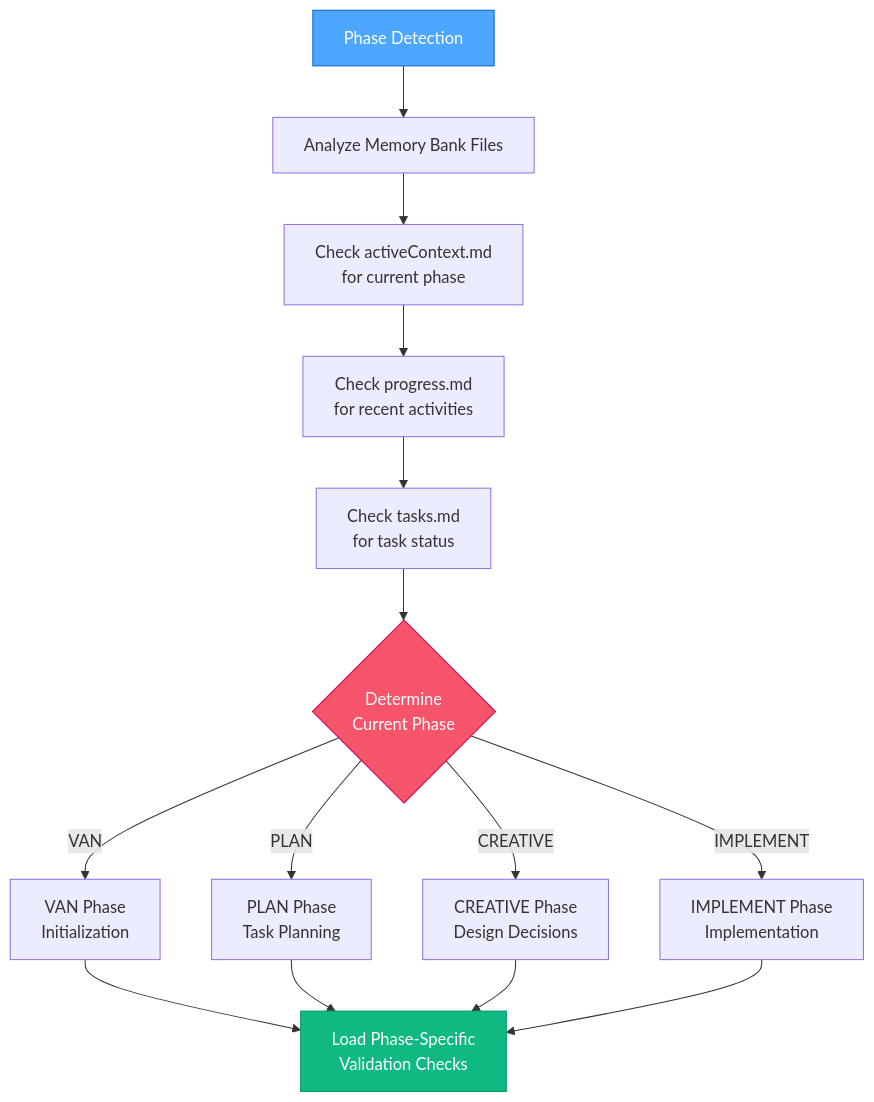
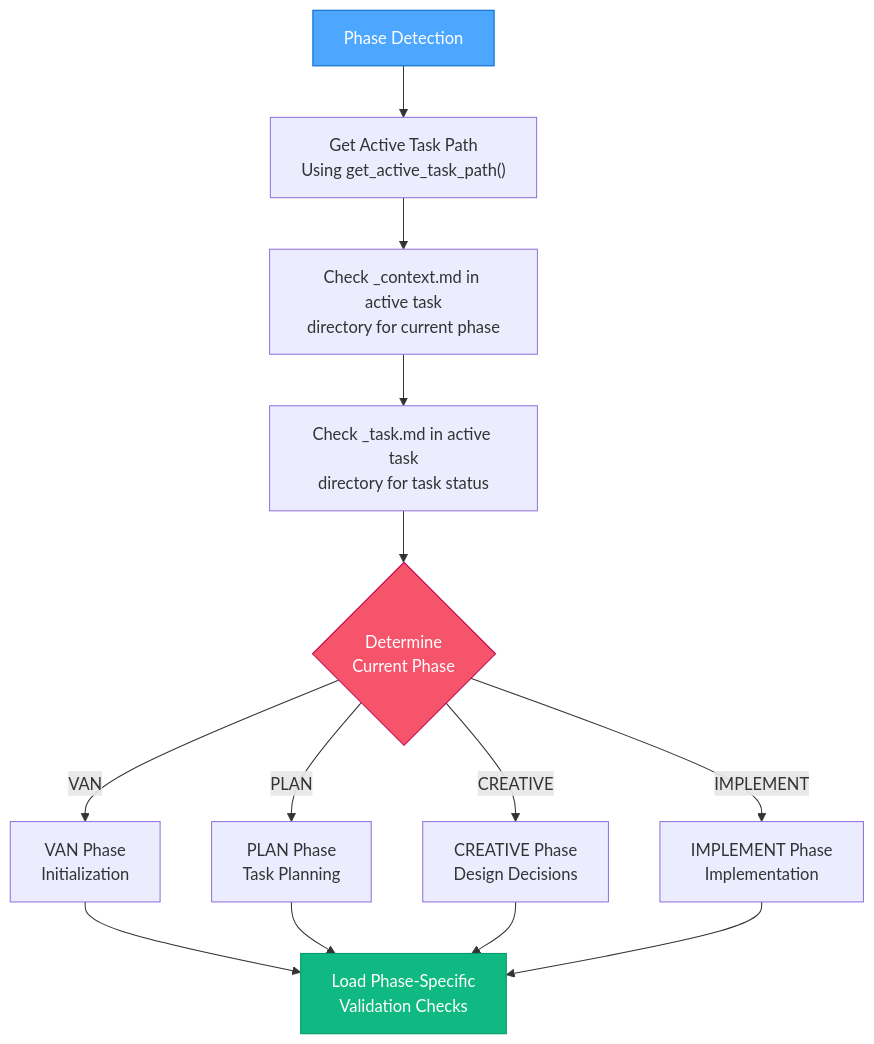
One commit to vanzan01/cursor-memory-bank changed the second of 10 diagrams in .cursor/rules/isolation_rules/visual-maps/qa-mode-map.mdc. Above: the diagram before and after it, drawn with Mermaid. The commit also changed other lines of this file and 52 other files, not shown here.

Commit message:
Добавлены новые правила для управления активными задачами и генерации сообщений коммитов. Обновлены существующие правила для улучшения логики обработки контекста и управления задачами. Включены инструкции по созданию заметок для релиза и улучшены диаграммы процесса для режимов ARCHIVE и CREATIVE.

````diff
--- a/.cursor/rules/isolation_rules/visual-maps/qa-mode-map.mdc
+++ b/.cursor/rules/isolation_rules/visual-maps/qa-mode-map.mdc
@@ -93,19 +94,18 @@
 ```mermaid
 graph TD
-    PD["Phase Detection"] --> CheckMB["Analyze Memory Bank Files"]
-    CheckMB --> CheckActive["Check activeContext.md<br>for current phase"]
-    CheckActive --> CheckProgress["Check progress.md<br>for recent activities"]
-    CheckProgress --> CheckTasks["Check tasks.md<br>for task status"]
+    PD["Phase Detection"] --> GetActiveTask["Get Active Task Path<br>Using get_active_task_path()"]
+    GetActiveTask --> CheckActiveContext["Check _context.md in active task<br>directory for current phase"]
+    CheckActiveContext --> CheckTaskFile["Check _task.md in active task<br>directory for task status"]
 
-    CheckTasks --> PhaseResult{"Determine<br>Current Phase"}
+    CheckTaskFile --> PhaseResult{"Determine<br>Current Phase"}
     PhaseResult -->|"VAN"| VAN["VAN Phase<br>Initialization"]
     PhaseResult -->|"PLAN"| PLAN["PLAN Phase<br>Task Planning"]
     PhaseResult -->|"CREATIVE"| CREATIVE["CREATIVE Phase<br>Design Decisions"]
     PhaseResult -->|"IMPLEMENT"| IMPLEMENT["IMPLEMENT Phase<br>Implementation"]
 
     VAN & PLAN & CREATIVE & IMPLEMENT --> LoadChecks["Load Phase-Specific<br>Validation Checks"]
 
     style PD fill:#4da6ff,stroke:#0066cc,color:white
     style PhaseResult fill:#f6546a,stroke:#c30052,color:white
     style LoadChecks fill:#10b981,stroke:#059669,color:white
 ```
````
